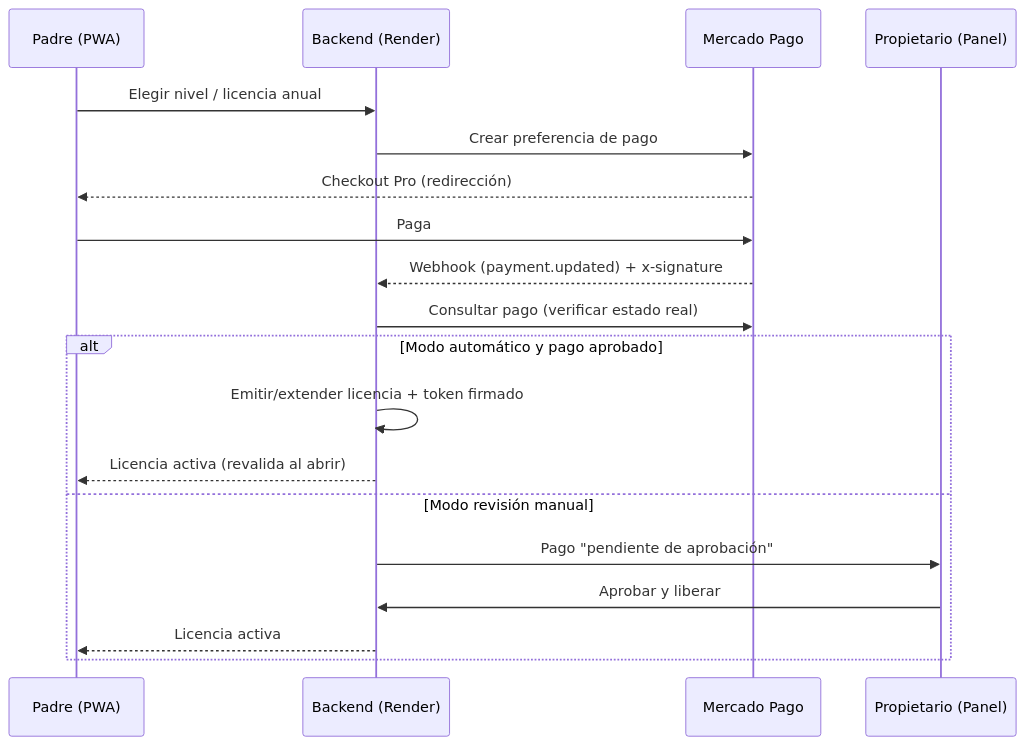
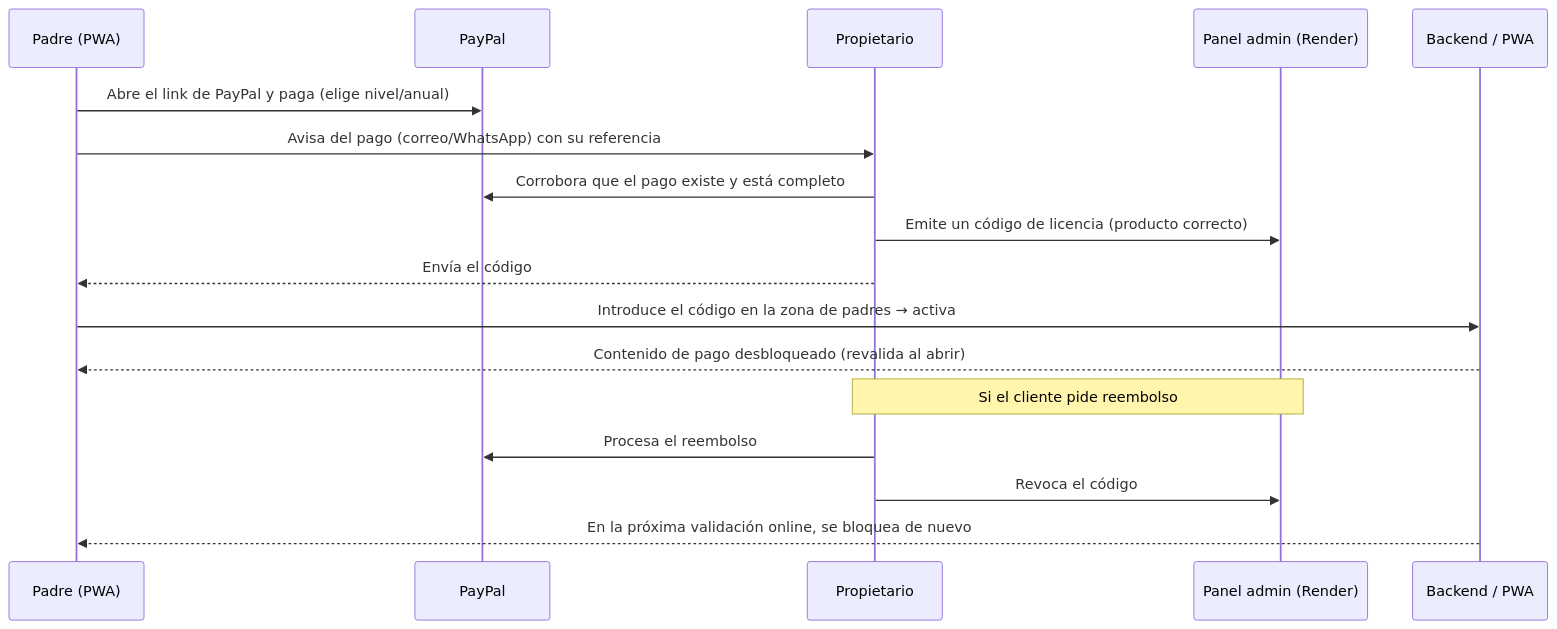
One commit to jgpazvega-ae/AndreApp changed the second of 2 diagrams in PLAN.md. Above: the diagram before and after it, drawn with Mermaid. The commit also changed other lines of this file, not shown here.

First line of the commit message:
Simplify monetization: PayPal link + manual license instead of Mercado Pago

````diff
--- a/PLAN.md
+++ b/PLAN.md
@@ -138,22 +135,21 @@
 ```mermaid
 sequenceDiagram
     participant P as Padre (PWA)
-    participant API as Backend (Render)
-    participant MP as Mercado Pago
-    participant Admin as Propietario (Panel)
+    participant PP as PayPal
+    participant Owner as Propietario
+    participant Admin as Panel admin (Render)
+    participant API as Backend / PWA
 
-    P->>API: Elegir nivel / licencia anual
-    API->>MP: Crear preferencia de pago
-    MP-->>P: Checkout Pro (redirección)
-    P->>MP: Paga
-    MP-->>API: Webhook (payment.updated) + x-signature
-    API->>MP: Consultar pago (verificar estado real)
-    alt Modo automático y pago aprobado
-        API->>API: Emitir/extender licencia + token firmado
-        API-->>P: Licencia activa (revalida al abrir)
-    else Modo revisión manual
-        API->>Admin: Pago "pendiente de aprobación"
-        Admin->>API: Aprobar y liberar
-        API-->>P: Licencia activa
-    end
+    P->>PP: Abre el link de PayPal y paga (elige nivel/anual)
+    P->>Owner: Avisa del pago (correo/WhatsApp) con su referencia
+    Owner->>PP: Corrobora que el pago existe y está completo
+    Owner->>Admin: Emite un código de licencia (producto correcto)
+    Owner-->>P: Envía el código
+    P->>API: Introduce el código en la zona de padres → activa
+    API-->>P: Contenido de pago desbloqueado (revalida al abrir)
+
+    Note over Owner,Admin: Si el cliente pide reembolso
+    Owner->>PP: Procesa el reembolso
+    Owner->>Admin: Revoca el código
+    API-->>P: En la próxima validación online, se bloquea de nuevo
 ```
````
